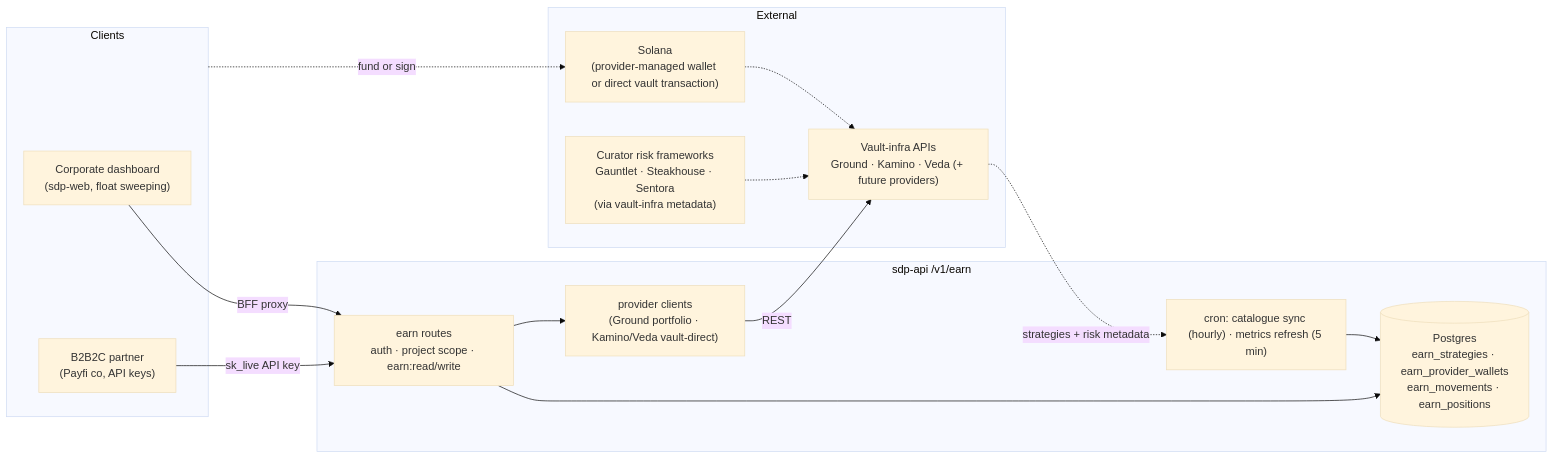
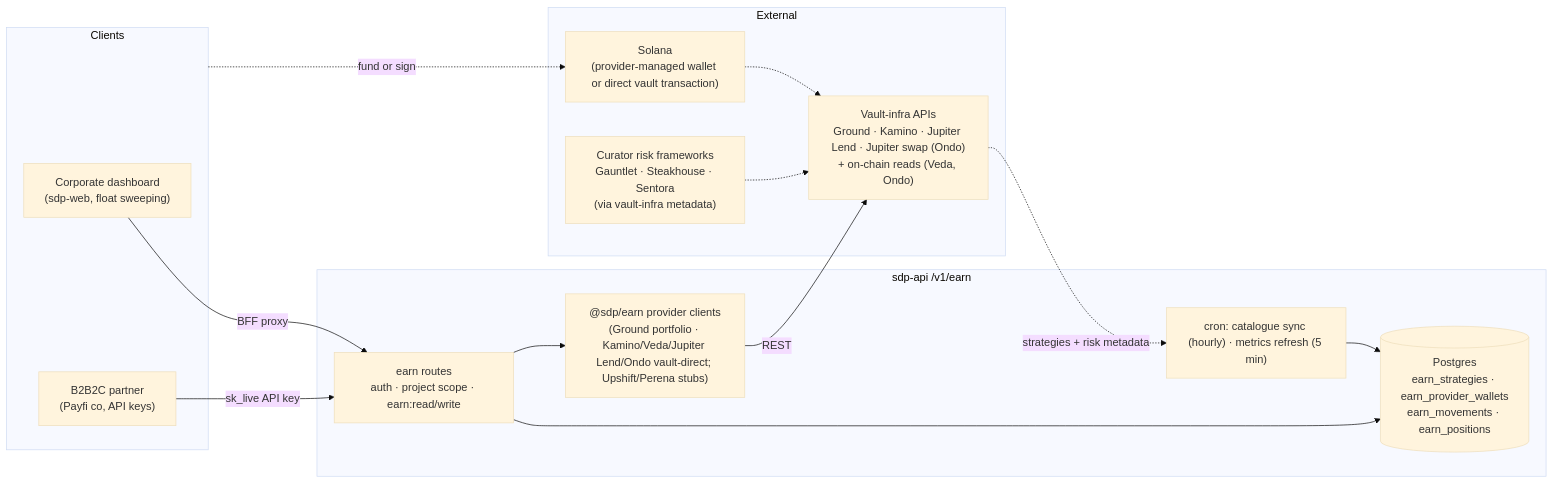
Before and after one commit to solana-foundation/solana-developer-platform: the first of 2 diagrams in docs/architecture/earn-v1-data-flow.md, drawn with Mermaid (base theme). The commit also changed other lines of this file and 33 other files, not shown here.

First line of the commit message:
feat(earn): Ondo USDY provider, un-surfaced (PRO-1803) (#1610)

````diff
--- a/docs/architecture/earn-v1-data-flow.md
+++ b/docs/architecture/earn-v1-data-flow.md
@@ -15,31 +15,31 @@
 ```mermaid
 flowchart LR
     subgraph Clients
         DASH["Corporate dashboard<br/>(sdp-web, float sweeping)"]
         PARTNER["B2B2C partner<br/>(Payfi co, API keys)"]
     end
 
     subgraph SDP["sdp-api  /v1/earn"]
         ROUTES["earn routes<br/>auth · project scope · earn:read/write"]
-        SVC["provider clients<br/>(Ground portfolio · Kamino/Veda vault-direct)"]
+        SVC["@sdp/earn provider clients<br/>(Ground portfolio · Kamino/Veda/Jupiter Lend/Ondo vault-direct; Upshift/Perena stubs)"]
         DB[("Postgres<br/>earn_strategies · earn_provider_wallets<br/>earn_movements · earn_positions")]
         CRON["cron: catalogue sync (hourly) · metrics refresh (5 min)"]
     end
 
     subgraph External
-        VAULT["Vault-infra APIs<br/>Ground · Kamino · Veda (+ future providers)"]
+        VAULT["Vault-infra APIs<br/>Ground · Kamino · Jupiter Lend · Jupiter swap (Ondo)<br/>+ on-chain reads (Veda, Ondo)"]
         CHAIN["Solana<br/>(provider-managed wallet or direct vault transaction)"]
         CURATOR["Curator risk frameworks<br/>Gauntlet · Steakhouse · Sentora<br/>(via vault-infra metadata)"]
     end
 
     DASH -->|BFF proxy| ROUTES
     PARTNER -->|sk_live API key| ROUTES
     ROUTES --> DB
     ROUTES --> SVC
     SVC -->|REST| VAULT
     VAULT -.->|strategies + risk metadata| CRON
     CURATOR -.-> VAULT
     CRON --> DB
     Clients -.->|fund or sign| CHAIN
     CHAIN -.-> VAULT
 ```
````
